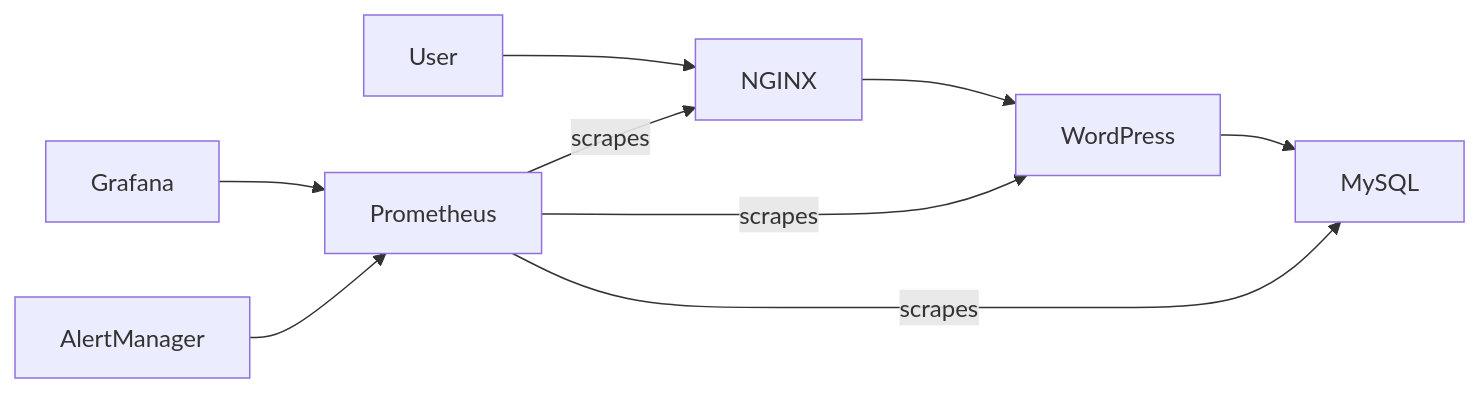
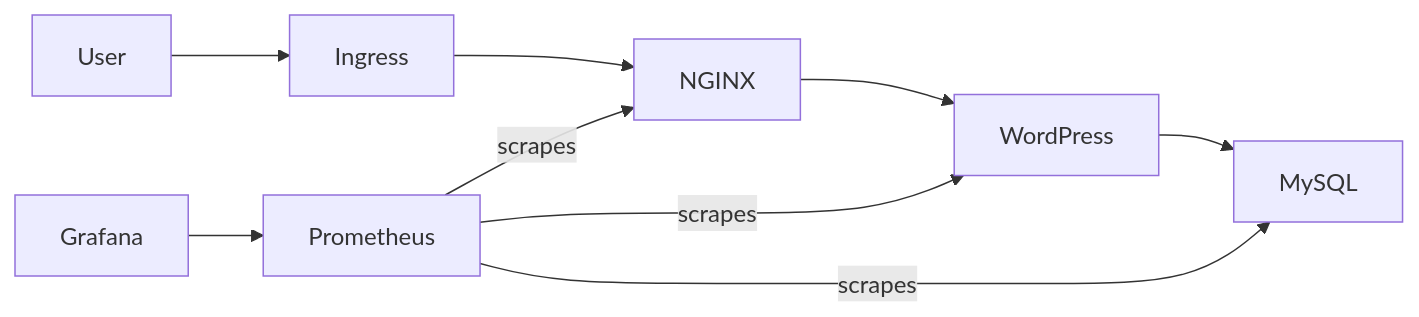
The diagram in README.md (RaviRaghuv/Syfe_Intern_Project-main), drawn with Mermaid before and after one commit.

Commit message:
Update architecture diagram to include Ingress

````diff
--- a/README.md
+++ b/README.md
@@ -26,11 +26,13 @@
 ```mermaid
 flowchart LR
-    User --> NGINX
+    User --> Ingress
+    Ingress --> NGINX
     NGINX --> WordPress
     WordPress --> MySQL
+
+    Prometheus -->|scrapes| WordPress
     Prometheus -->|scrapes| NGINX
-    Prometheus -->|scrapes| WordPress
     Prometheus -->|scrapes| MySQL
+
     Grafana --> Prometheus
-    AlertManager --> Prometheus
 ```
````
